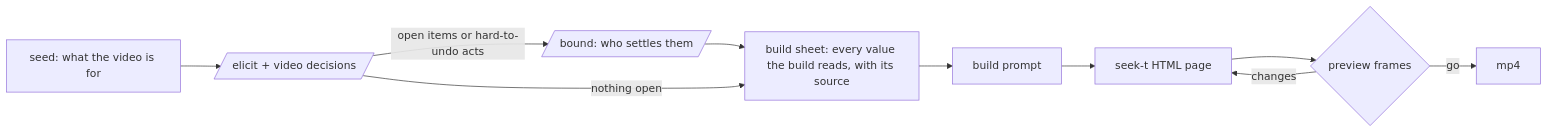
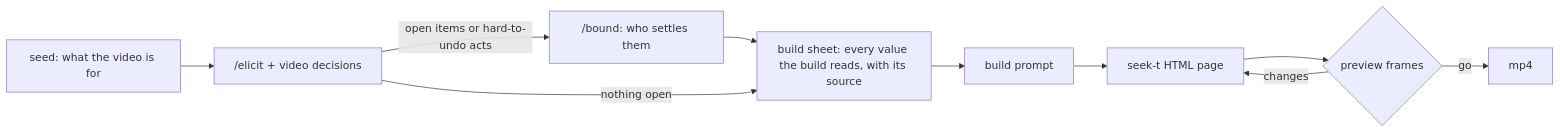
The diagram in motion/README.md (jongwony/cc-plugin), drawn with Mermaid before and after one commit. The commit also changed other lines of this file and 6 other files, not shown here.

````diff
--- a/motion/README.md
+++ b/motion/README.md
@@ -5,12 +5,12 @@
 ```mermaid
 flowchart LR
-  A[seed: what the video is for] --> B[/elicit + video decisions/]
-  B -- open items or hard-to-undo acts --> G[/bound: who settles them/]
+  A[seed: what the video is for] --> B["/elicit + video decisions"]
+  B -- open items or hard-to-undo acts --> G["/bound: who settles them"]
   G --> S
   B -- nothing open --> S[build sheet: every value the build reads, with its source]
   S --> C[build prompt]
   C --> D[seek-t HTML page]
   D --> E{preview frames}
   E -- changes --> D
   E -- go --> F[mp4]
 ```
````
